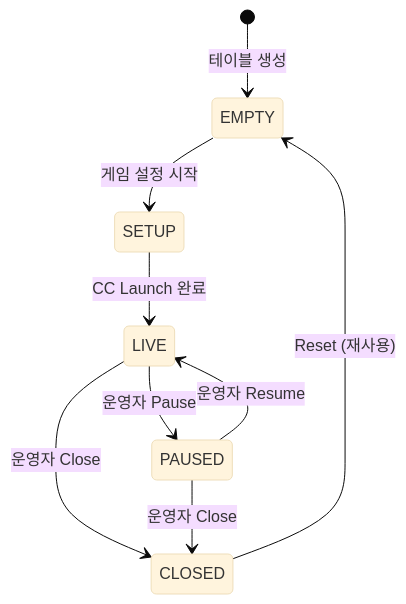
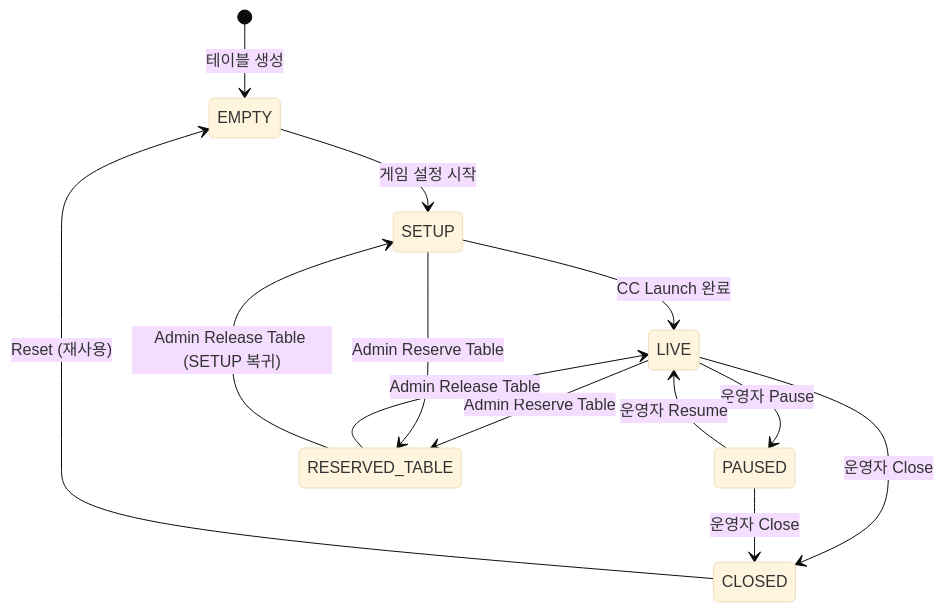
One commit to garimto81/ebs_github changed the first of 5 diagrams in contracts/data/DATA-03-state-machines.md. Above: the diagram before and after it, drawn with Mermaid (base theme). The commit also changed other lines of this file and 667 other files, not shown here.

````diff
--- a/contracts/data/DATA-03-state-machines.md
+++ b/contracts/data/DATA-03-state-machines.md
@@ -21,11 +22,15 @@
 ```mermaid
 stateDiagram-v2
     [*] --> EMPTY : 테이블 생성
     EMPTY --> SETUP : 게임 설정 시작
     SETUP --> LIVE : CC Launch 완료
     LIVE --> PAUSED : 운영자 Pause
     PAUSED --> LIVE : 운영자 Resume
     LIVE --> CLOSED : 운영자 Close
     PAUSED --> CLOSED : 운영자 Close
     CLOSED --> EMPTY : Reset (재사용)
+    LIVE --> RESERVED_TABLE : Admin Reserve Table
+    SETUP --> RESERVED_TABLE : Admin Reserve Table
+    RESERVED_TABLE --> LIVE : Admin Release Table
+    RESERVED_TABLE --> SETUP : Admin Release Table (SETUP 복귀)
 ```
````
